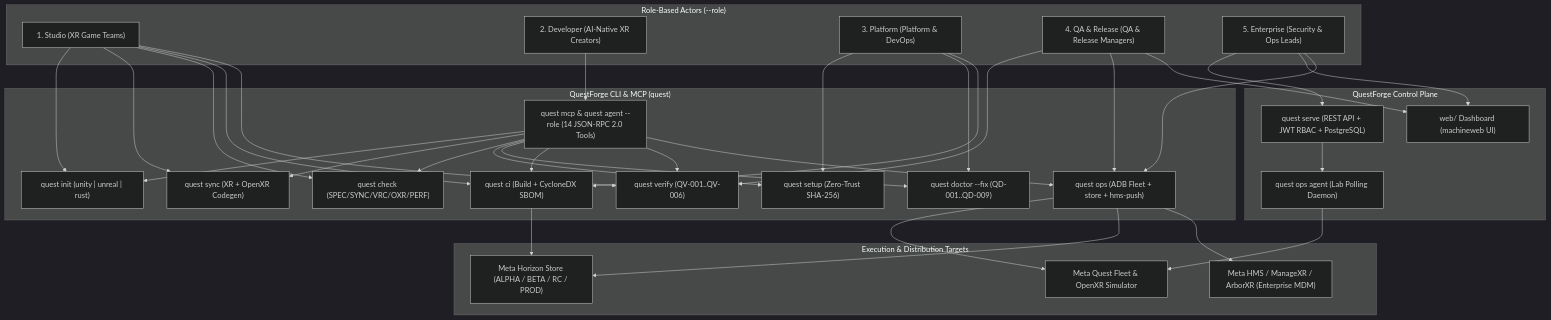
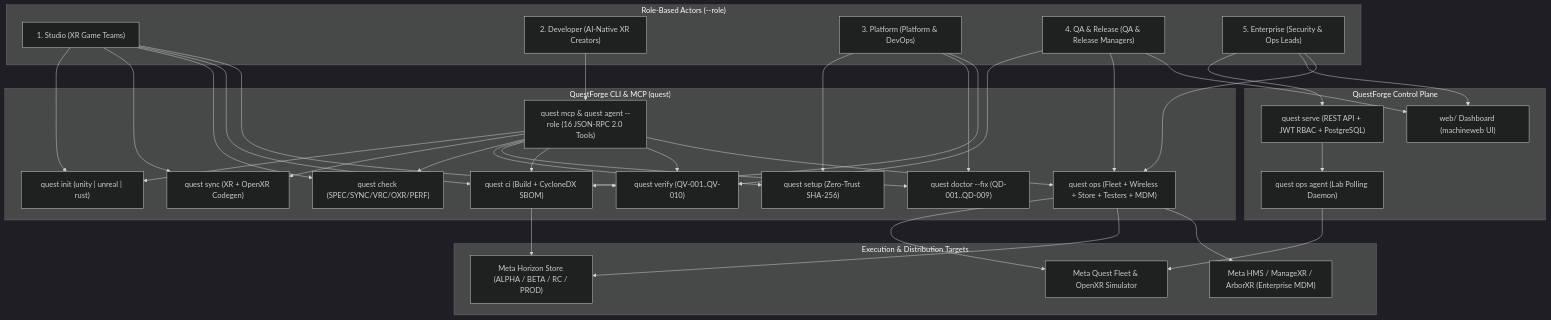
Before and after one commit to sweengineeringlabs/questforge: the diagram in docs/3-design/workflow/README.md, drawn with Mermaid (dark theme). The commit also changed 15 other files, not shown here.

Commit message:
docs: synchronize 16 MCP tools, QV-001..QV-010, QO-001..QO-013, and release lifecycle runbooks

````diff
--- a/docs/3-design/workflow/README.md
+++ b/docs/3-design/workflow/README.md
@@ -18,44 +18,44 @@
 ```mermaid
 flowchart TD
     subgraph Roles["Role-Based Actors (--role)"]
         Studio["1. Studio (XR Game Teams)"]
         Developer["2. Developer (AI-Native XR Creators)"]
         Platform["3. Platform (Platform & DevOps)"]
         QA["4. QA & Release (QA & Release Managers)"]
         Enterprise["5. Enterprise (Security & Ops Leads)"]
     end
 
     subgraph CLI["QuestForge CLI & MCP (quest)"]
         Init["quest init (unity | unreal | rust)"]
         Sync["quest sync (XR + OpenXR Codegen)"]
         Check["quest check (SPEC/SYNC/VRC/OXR/PERF)"]
         Setup["quest setup (Zero-Trust SHA-256)"]
         Doctor["quest doctor --fix (QD-001..QD-009)"]
-        MCP["quest mcp & quest agent --role (14 JSON-RPC 2.0 Tools)"]
+        MCP["quest mcp & quest agent --role (16 JSON-RPC 2.0 Tools)"]
         CI["quest ci (Build + CycloneDX SBOM)"]
-        Verify["quest verify (QV-001..QV-006)"]
-        Ops["quest ops (ADB Fleet + store + hms-push)"]
+        Verify["quest verify (QV-001..QV-010)"]
+        Ops["quest ops (Fleet + Wireless + Store + Testers + MDM)"]
     end
 
     subgraph ControlPlane["QuestForge Control Plane"]
         Serve["quest serve (REST API + JWT RBAC + PostgreSQL)"]
         Web["web/ Dashboard (machineweb UI)"]
         Agent["quest ops agent (Lab Polling Daemon)"]
     end
 
     subgraph Targets["Execution & Distribution Targets"]
         Headsets["Meta Quest Fleet & OpenXR Simulator"]
         Store["Meta Horizon Store (ALPHA / BETA / RC / PROD)"]
         HMS["Meta HMS / ManageXR / ArborXR (Enterprise MDM)"]
     end
 
     Studio --> Init & Sync & Check & CI & Verify
     Developer --> MCP
     MCP --> Init & Sync & Check & Setup & Doctor & CI & Verify & Ops
     Platform --> Setup & Doctor & CI
     CI --> Store
     QA --> Verify & Ops & Web
     Ops --> Headsets & Store & HMS
     Enterprise --> Serve & Web & Ops
     Serve --> Agent --> Headsets
 ```
````
